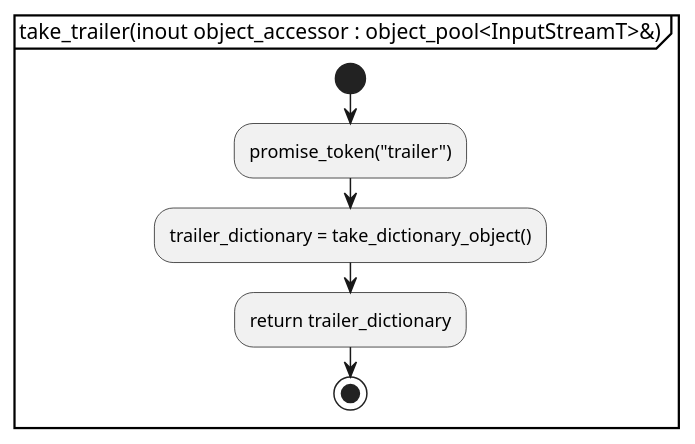
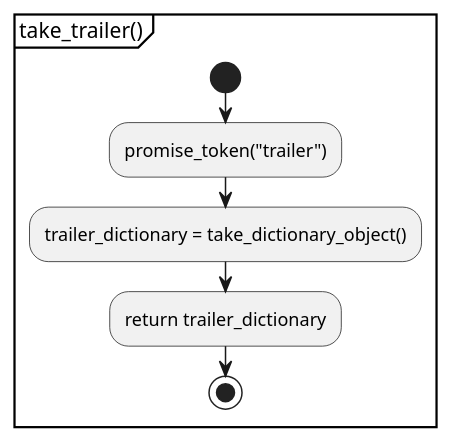
One commit to KodaiYM/PDFReader changed the fifth of 20 diagrams in document/document_reader/ipdfstream/ipdfstream.activity.pu. Above: the diagram before and after it, drawn with PlantUML. The commit also changed other lines of this file and 3 other files, not shown here.

Commit message:
object_pool 関連の最小限の修正

```diff
--- a/document/document_reader/ipdfstream/ipdfstream.activity.pu
+++ b/document/document_reader/ipdfstream/ipdfstream.activity.pu
@@ -84,10 +84,10 @@
 @startuml take_trailer
-partition "take_trailer(inout object_accessor : object_pool<InputStreamT>&)" {
+partition "take_trailer()" {
 start
 	:promise_token("trailer");
 
 	:trailer_dictionary = take_dictionary_object();
 	:return trailer_dictionary;
 stop
 }
 @enduml
```
